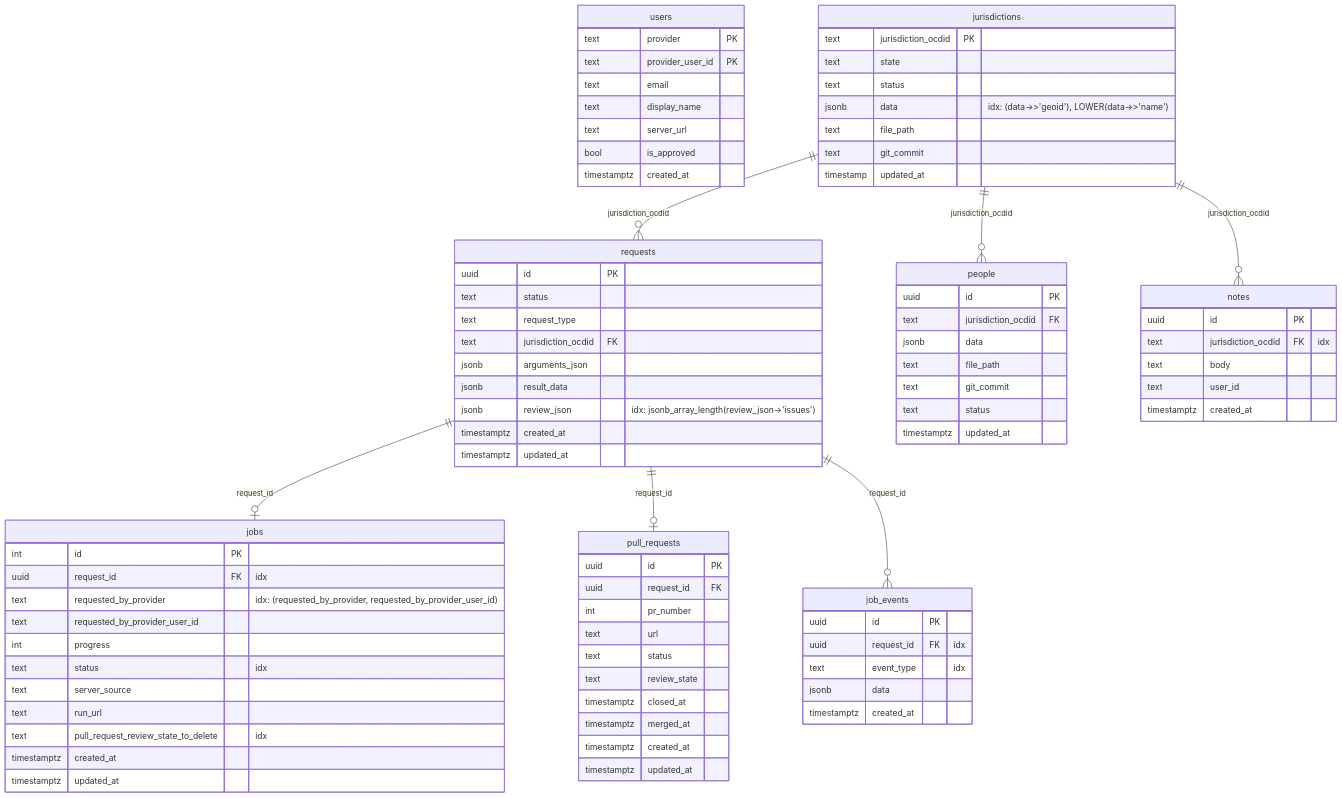
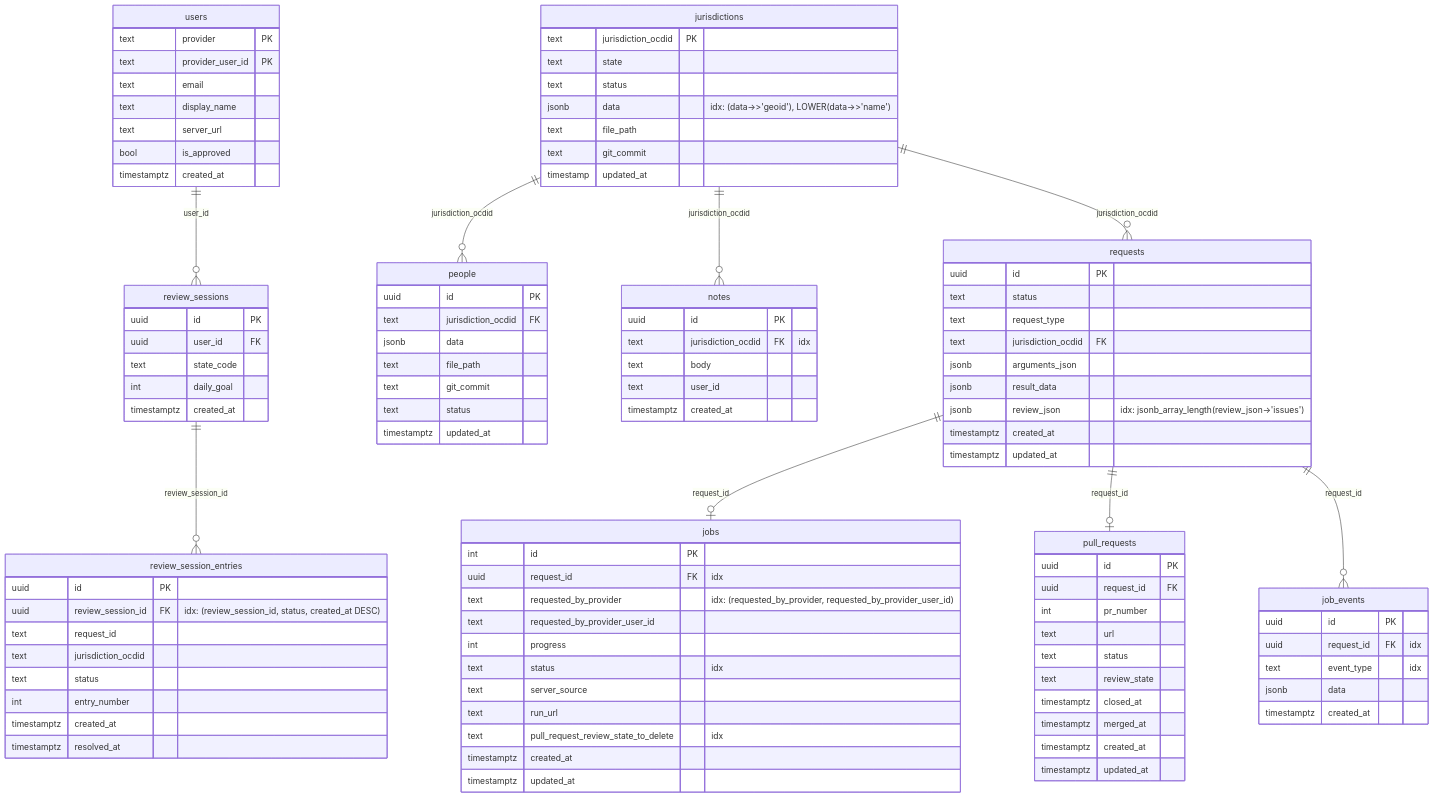
Before and after one commit to CivicPatch/civicpatch-tools: the diagram in api.civicpatch.org/README.md, drawn with Mermaid. The commit also changed 26 other files, not shown here.

Commit message:
Further review page/jurisdiction page rearrangement

````diff
--- a/api.civicpatch.org/README.md
+++ b/api.civicpatch.org/README.md
@@ -194,10 +194,31 @@
         timestamptz created_at
     }
 
+    review_sessions {
+        uuid id PK
+        uuid user_id FK
+        text state_code
+        int daily_goal
+        timestamptz created_at
+    }
+
+    review_session_entries {
+        uuid id PK
+        uuid review_session_id FK "idx: (review_session_id, status, created_at DESC)"
+        text request_id
+        text jurisdiction_ocdid
+        text status
+        int entry_number
+        timestamptz created_at
+        timestamptz resolved_at
+    }
+
     jurisdictions ||--o{ requests : "jurisdiction_ocdid"
     jurisdictions ||--o{ people : "jurisdiction_ocdid"
     jurisdictions ||--o{ notes : "jurisdiction_ocdid"
     requests ||--o| jobs : "request_id"
     requests ||--o| pull_requests : "request_id"
     requests ||--o{ job_events : "request_id"
+    users ||--o{ review_sessions : "user_id"
+    review_sessions ||--o{ review_session_entries : "review_session_id"
 ```
````
